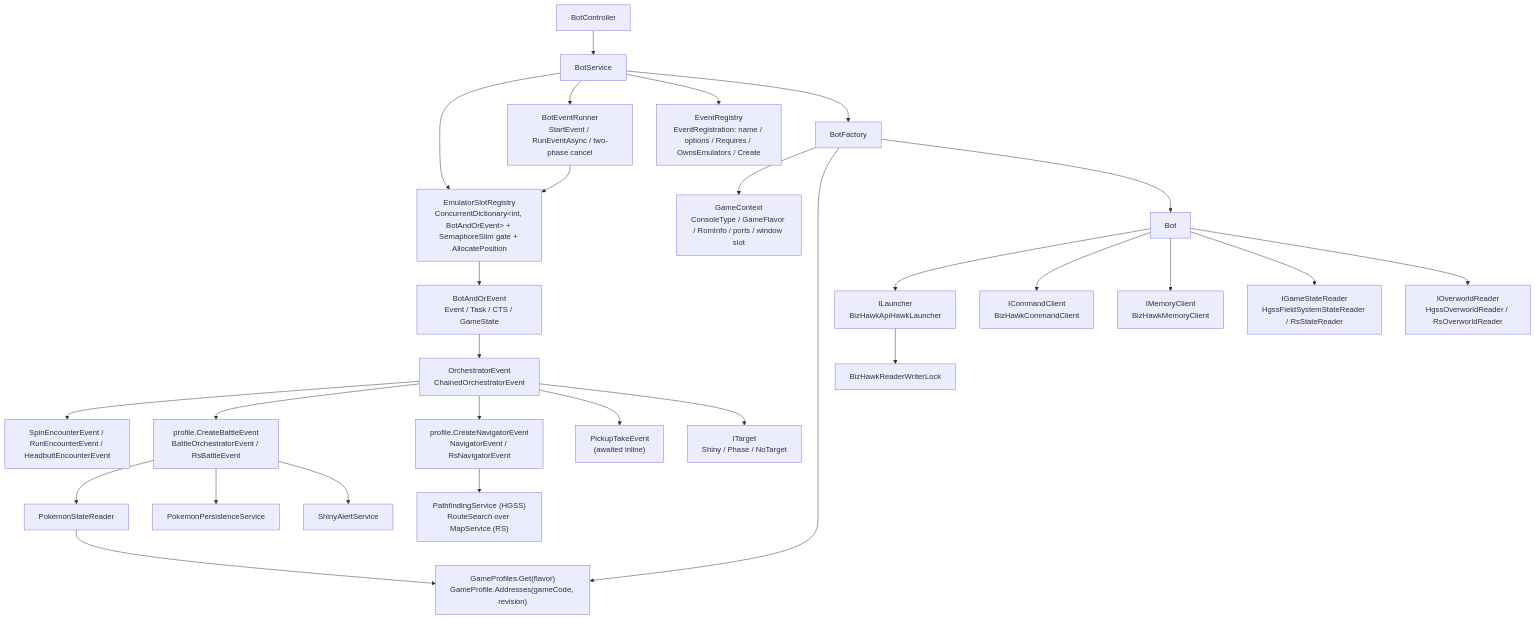
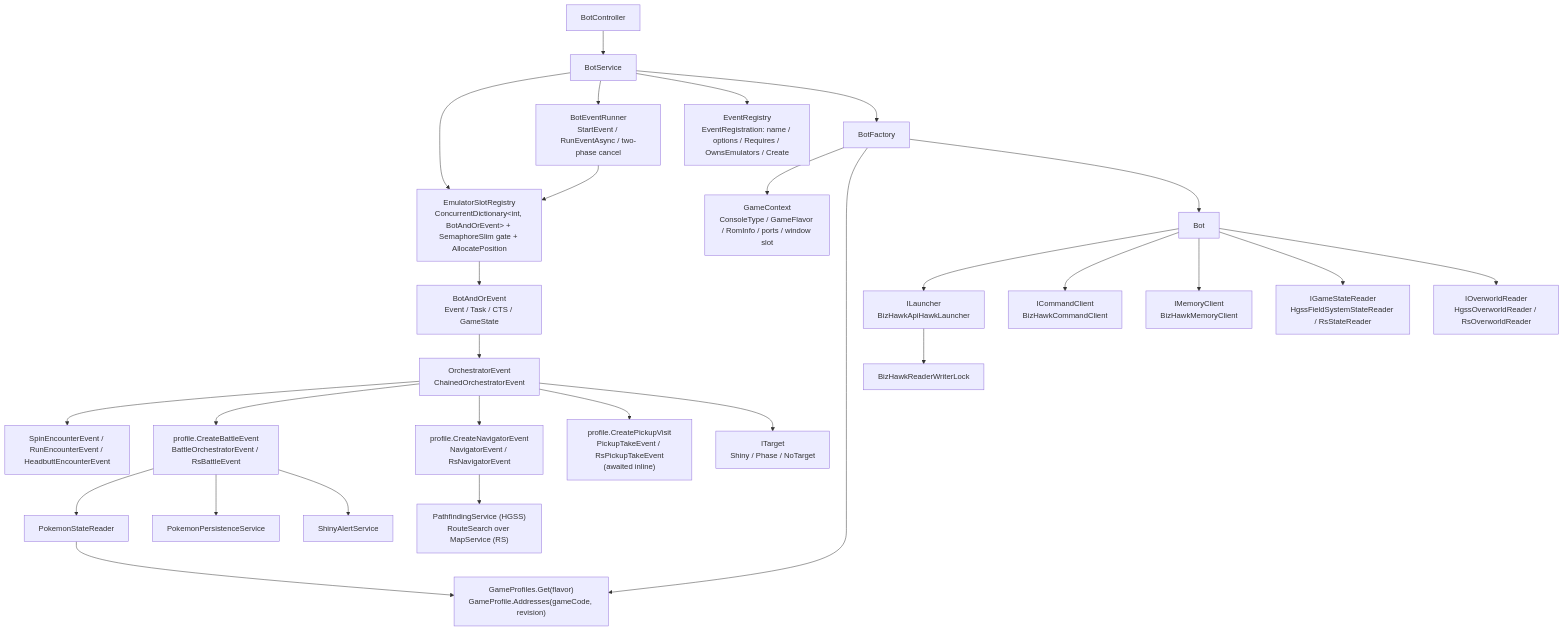
One commit to ppicinic/ShinyBotHunter changed the second of 2 diagrams in docs/architecture/system-overview.md. Above: the diagram before and after it, drawn with Mermaid. The commit also changed other lines of this file, not shown here.

Commit message:
#491 step 2: architecture: the profile's two Pickup parts, the sixteen-block reader

````diff
--- a/docs/architecture/system-overview.md
+++ b/docs/architecture/system-overview.md
@@ -123,28 +123,28 @@
 ```mermaid
 flowchart TD
   BC[BotController] --> BS[BotService]
   BS --> REG["EmulatorSlotRegistry<br/>ConcurrentDictionary&lt;int, BotAndOrEvent&gt; + SemaphoreSlim gate + AllocatePosition"]
   BS --> RUN["BotEventRunner<br/>StartEvent / RunEventAsync / two-phase cancel"]
   RUN --> REG
   BS --> ER["EventRegistry<br/>EventRegistration: name / options / Requires / OwnsEmulators / Create"]
   BS --> BF[BotFactory]
   BF --> GC["GameContext<br/>ConsoleType / GameFlavor / RomInfo / ports / window slot"]
   BF --> GP["GameProfiles.Get(flavor)<br/>GameProfile.Addresses(gameCode, revision)"]
   BF --> Bot
   Bot --> L["ILauncher<br/>BizHawkApiHawkLauncher"]
   Bot --> CC["ICommandClient<br/>BizHawkCommandClient"]
   Bot --> MC["IMemoryClient<br/>BizHawkMemoryClient"]
   Bot --> SR["IGameStateReader<br/>HgssFieldSystemStateReader / RsStateReader"]
   Bot --> OR["IOverworldReader<br/>HgssOverworldReader / RsOverworldReader"]
   L --> RWL[BizHawkReaderWriterLock]
   REG --> BAE["BotAndOrEvent<br/>Event / Task / CTS / GameState"]
   BAE --> OE["OrchestratorEvent<br/>ChainedOrchestratorEvent"]
   OE --> ENC["SpinEncounterEvent / RunEncounterEvent / HeadbuttEncounterEvent"]
   OE --> BOE["profile.CreateBattleEvent<br/>BattleOrchestratorEvent / RsBattleEvent"]
   OE --> NAV["profile.CreateNavigatorEvent<br/>NavigatorEvent / RsNavigatorEvent"] --> PF["PathfindingService (HGSS)<br/>RouteSearch over MapService (RS)"]
-  OE --> PTE["PickupTakeEvent<br/>(awaited inline)"]
+  OE --> PTE["profile.CreatePickupVisit<br/>PickupTakeEvent / RsPickupTakeEvent<br/>(awaited inline)"]
   BOE --> PSR[PokemonStateReader] --> GP
   BOE --> PP[PokemonPersistenceService]
   BOE --> SA[ShinyAlertService]
   OE --> T["ITarget<br/>Shiny / Phase / NoTarget"]
 ```
````
